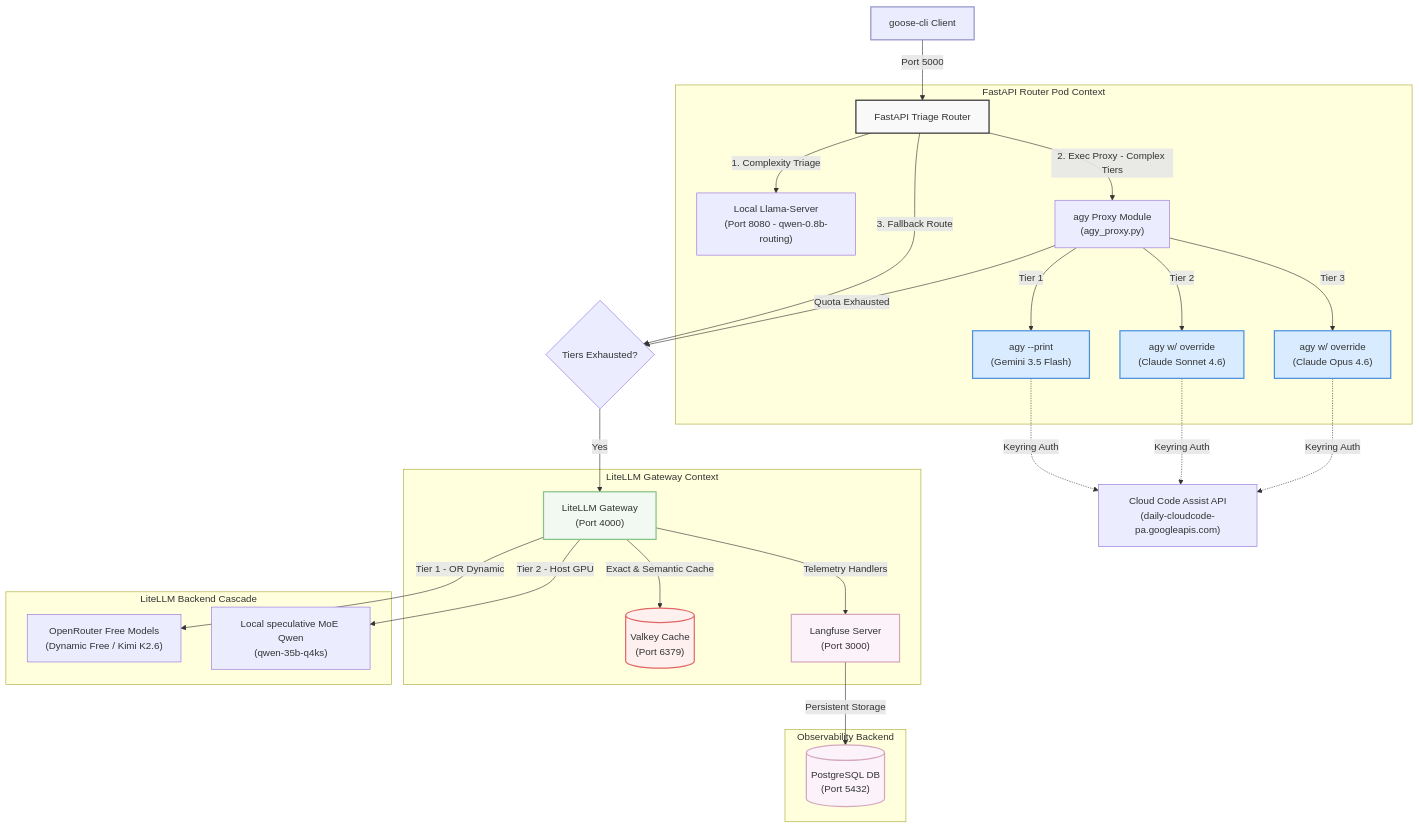
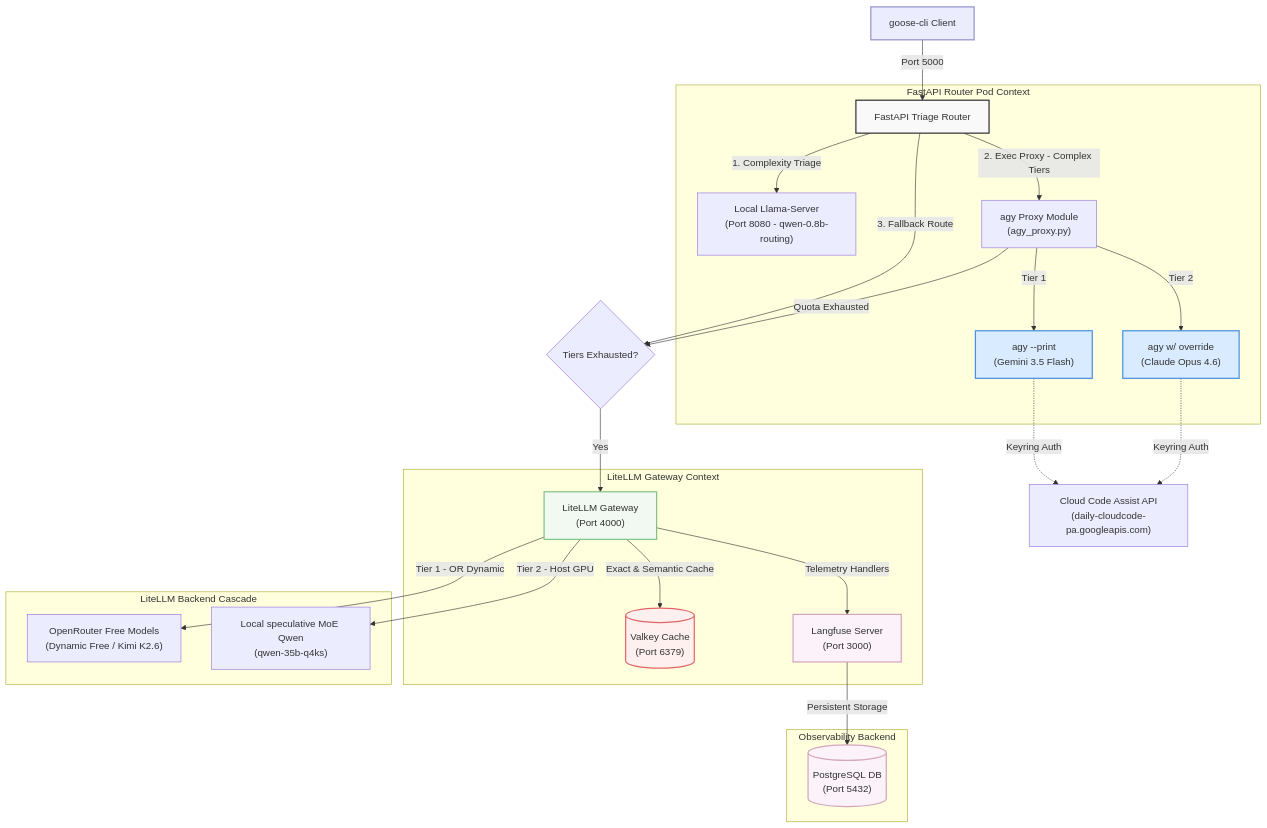
Before and after one commit to sheepdestroyer/LLM-Routing: the first of 2 diagrams in README.md, drawn with Mermaid. The commit also changed other lines of this file and 9 other files, not shown here.

````diff
--- a/README.md
+++ b/README.md
@@ -15,45 +15,42 @@
 ```mermaid
 graph TD
     Client["goose-cli Client"] -->|Port 5000| Router["FastAPI Triage Router"]
     
     subgraph FastAPIRouter ["FastAPI Router Pod Context"]
         Router -->|1. Complexity Triage| LlamaServer["Local Llama-Server\n(Port 8080 - qwen-0.8b-routing)"]
         Router -->|"2. Exec Proxy - Complex Tiers"| AgyProxy["agy Proxy Module\n(agy_proxy.py)"]
         
         AgyProxy -->|Tier 1| AgyGemini["agy --print\n(Gemini 3.5 Flash)"]
-        AgyProxy -->|Tier 2| AgySonnet["agy w/ override\n(Claude Sonnet 4.6)"]
-        AgyProxy -->|Tier 3| AgyOpus["agy w/ override\n(Claude Opus 4.6)"]
+        AgyProxy -->|Tier 2| AgyOpus["agy w/ override\n(Claude Opus 4.6)"]
     end
 
     AgyGemini -.->|Keyring Auth| Google["Cloud Code Assist API\n(daily-cloudcode-pa.googleapis.com)"]
-    AgySonnet -.->|Keyring Auth| Google
     AgyOpus -.->|Keyring Auth| Google
 
     Router -->|3. Fallback Route| RouteSelector{"Tiers Exhausted?"}
     RouteSelector -->|Yes| LiteLLM["LiteLLM Gateway\n(Port 4000)"]
     AgyProxy -->|Quota Exhausted| RouteSelector
 
     subgraph LiteLLMGateway ["LiteLLM Gateway Context"]
         LiteLLM -->|Exact & Semantic Cache| Valkey[("Valkey Cache\n(Port 6379)")]
         LiteLLM -->|Telemetry Handlers| Langfuse["Langfuse Server\n(Port 3000)"]
     end
 
     subgraph BackendRoutingCascade ["LiteLLM Backend Cascade"]
         LiteLLM -->|Tier 1 - OR Dynamic| OpenRouter["OpenRouter Free Models\n(Dynamic Free / Kimi K2.6)"]
         LiteLLM -->|Tier 2 - Host GPU| QwenLocal["Local speculative MoE Qwen\n(qwen-35b-q4ks)"]
     end
 
     subgraph Observability ["Observability Backend"]
         Langfuse -->|Persistent Storage| Postgres[("PostgreSQL DB\n(Port 5432)")]
     end
     
     style Client fill:#ececff,stroke:#9393c9,stroke-width:2px;
     style Router fill:#f9f9f9,stroke:#333,stroke-width:2px;
     style AgyGemini fill:#d9ebff,stroke:#4a90e2,stroke-width:2px;
-    style AgySonnet fill:#d9ebff,stroke:#4a90e2,stroke-width:2px;
     style AgyOpus fill:#d9ebff,stroke:#4a90e2,stroke-width:2px;
     style LiteLLM fill:#f2f9f2,stroke:#85c285,stroke-width:2px;
     style Valkey fill:#fff0f0,stroke:#e06666,stroke-width:2px;
     style Langfuse fill:#fbf2fa,stroke:#d5a6bd,stroke-width:2px;
     style Postgres fill:#fbf2fa,stroke:#d5a6bd,stroke-width:2px;
 ```
````
